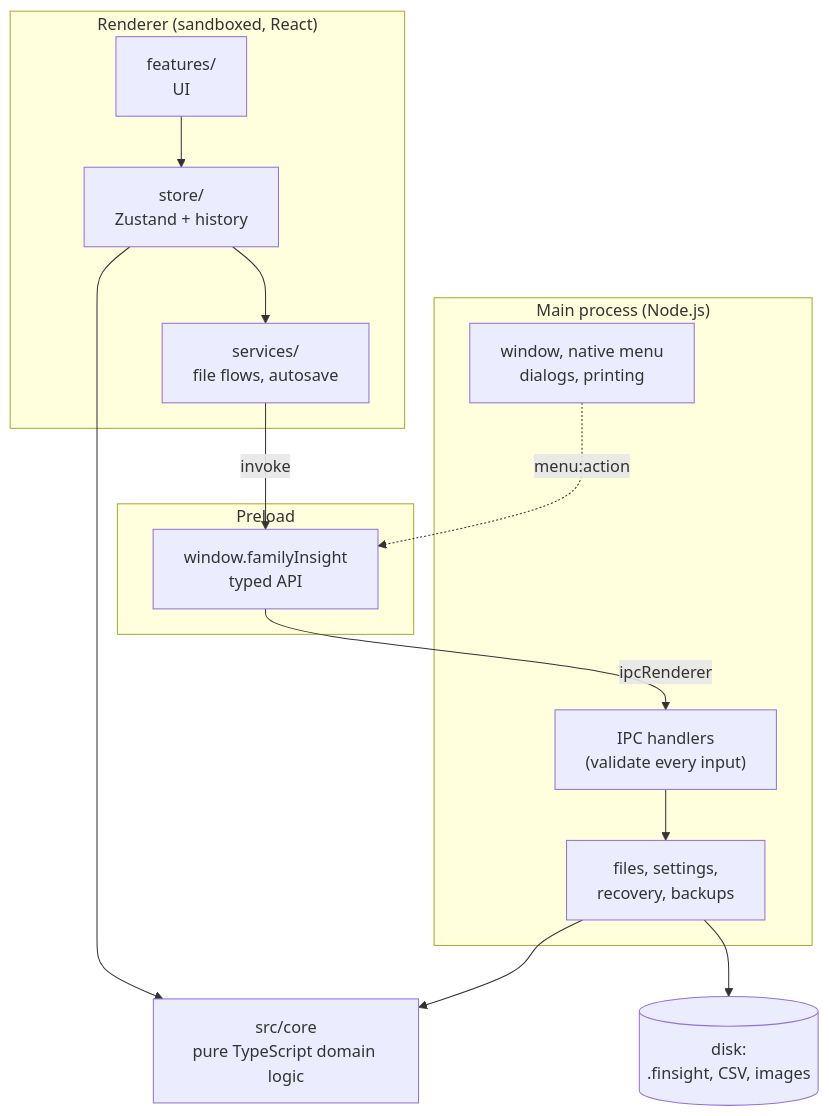
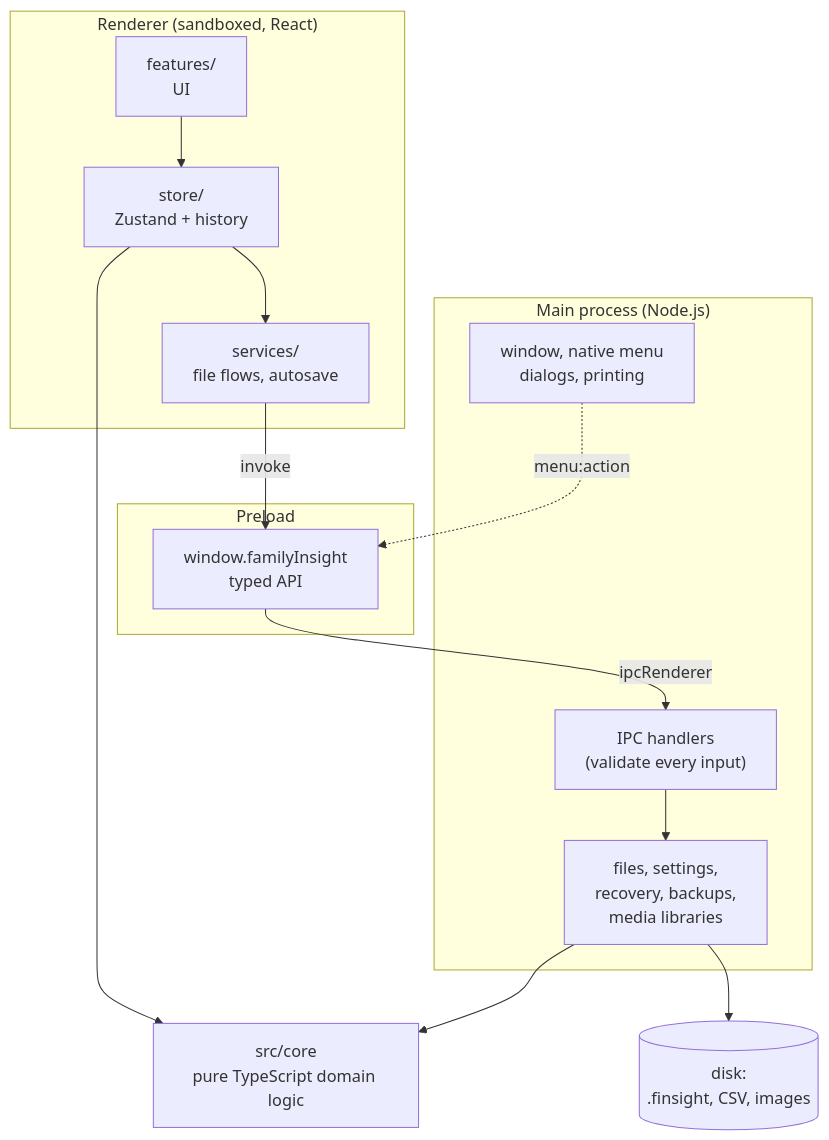
One commit to K-u-r-c/family-insight changed the first of 3 diagrams in docs/developer/architecture.md. Above: the diagram before and after it, drawn with Mermaid. The commit also changed other lines of this file and 56 other files, not shown here.

First line of the commit message:
feat(file): media library in a zip .finsight container (schema 3)

````diff
--- a/docs/developer/architecture.md
+++ b/docs/developer/architecture.md
@@ -10,28 +10,28 @@
 ```mermaid
 flowchart TB
   subgraph main["Main process (Node.js)"]
     M1["window, native menu<br/>dialogs, printing"]
-    M2["files, settings,<br/>recovery, backups"]
+    M2["files, settings,<br/>recovery, backups,<br/>media libraries"]
     M3["IPC handlers<br/>(validate every input)"]
   end
   subgraph preload["Preload"]
     P["window.familyInsight<br/>typed API"]
   end
   subgraph renderer["Renderer (sandboxed, React)"]
     R1["features/<br/>UI"]
     R2["store/<br/>Zustand + history"]
     R3["services/<br/>file flows, autosave"]
   end
   core["src/core<br/>pure TypeScript domain logic"]
   disk[("disk:<br/>.finsight, CSV, images")]
 
   R1 --> R2
   R2 --> R3
   R3 -->|"invoke"| P
   P -->|"ipcRenderer"| M3
   M3 --> M2
   M2 --> disk
   M1 -.->|"menu:action"| P
   R2 --> core
   M2 --> core
 ```
````
